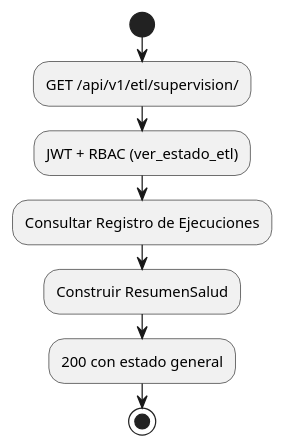
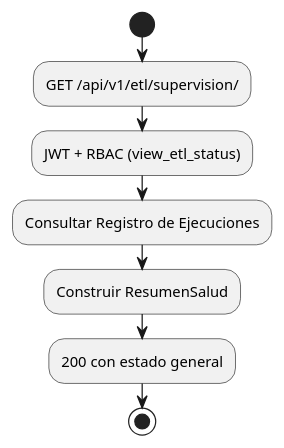
One commit to jcg-admin/IACT-docs changed the second of 4 diagrams in source/requisitos/casos-uso/pipeline/uc-pip-01/diagramas-uml.rst. Above: the diagram before and after it, drawn with PlantUML. The commit also changed 22 other files, not shown here.

First line of the commit message:
Add architecture UML docs and standardize RBAC function names

```diff
--- a/source/requisitos/casos-uso/pipeline/uc-pip-01/diagramas-uml.rst
+++ b/source/requisitos/casos-uso/pipeline/uc-pip-01/diagramas-uml.rst
@@ -26,11 +26,11 @@
 .. uml::
 
  @startuml
  start
  :GET /api/v1/etl/supervision/;
- :JWT + RBAC (ver_estado_etl);
+ :JWT + RBAC (view_etl_status);
  :Consultar Registro de Ejecuciones;
  :Construir ResumenSalud;
  :200 con estado general;
  stop
  @enduml
```
